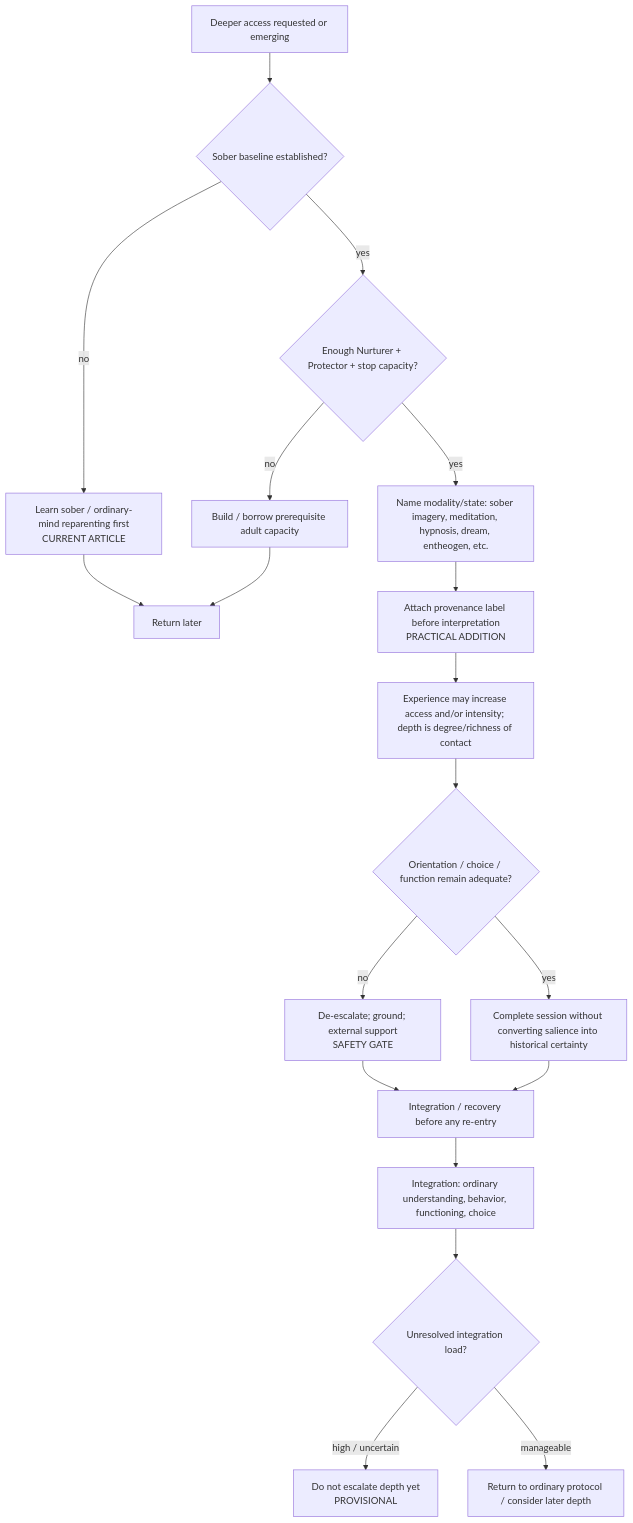
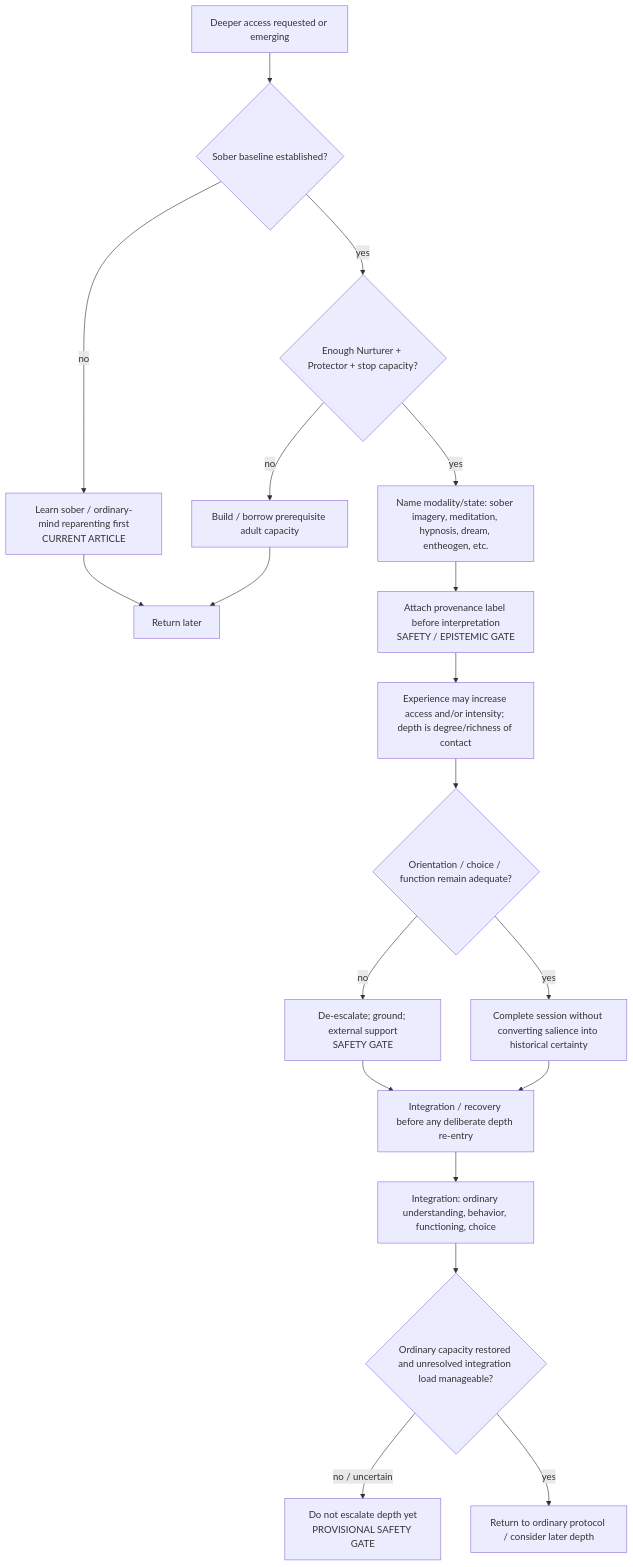
One commit to u-dont-existDOTcom/creativeTailSampling changed the diagram in analysis/inner_child_protocol/maps/06-DEPTH-AND-ALTERED-STATES.md. Above: the diagram before and after it, drawn with Mermaid. The commit also changed other lines of this file, not shown here.

Commit message:
Ground depth provenance and integration-load gates in retrieved evidence

````diff
--- a/analysis/inner_child_protocol/maps/06-DEPTH-AND-ALTERED-STATES.md
+++ b/analysis/inner_child_protocol/maps/06-DEPTH-AND-ALTERED-STATES.md
@@ -5,21 +5,21 @@
 ```mermaid
 flowchart TD
     A["Deeper access requested or emerging"] --> B{"Sober baseline established?"}
     B -- "no" --> C["Learn sober / ordinary-mind reparenting first<br/>CURRENT ARTICLE"]
     C --> Z["Return later"]
     B -- "yes" --> D{"Enough Nurturer + Protector + stop capacity?"}
     D -- "no" --> E["Build / borrow prerequisite adult capacity"]
     E --> Z
     D -- "yes" --> F["Name modality/state: sober imagery, meditation, hypnosis, dream, entheogen, etc."]
-    F --> G["Attach provenance label before interpretation<br/>PRACTICAL ADDITION"]
+    F --> G["Attach provenance label before interpretation<br/>SAFETY / EPISTEMIC GATE"]
     G --> H["Experience may increase access and/or intensity; depth is degree/richness of contact"]
     H --> I{"Orientation / choice / function remain adequate?"}
     I -- "no" --> J["De-escalate; ground; external support<br/>SAFETY GATE"]
-    J --> K["Integration / recovery before any re-entry"]
+    J --> K["Integration / recovery before any deliberate depth re-entry"]
     I -- "yes" --> L["Complete session without converting salience into historical certainty"]
     L --> K
     K --> M["Integration: ordinary understanding, behavior, functioning, choice"]
-    M --> N{"Unresolved integration load?"}
-    N -- "high / uncertain" --> O["Do not escalate depth yet<br/>PROVISIONAL"]
-    N -- "manageable" --> P["Return to ordinary protocol / consider later depth"]
+    M --> N{"Ordinary capacity restored and unresolved integration load manageable?"}
+    N -- "no / uncertain" --> O["Do not escalate depth yet<br/>PROVISIONAL SAFETY GATE"]
+    N -- "yes" --> P["Return to ordinary protocol / consider later depth"]
 ```
````
